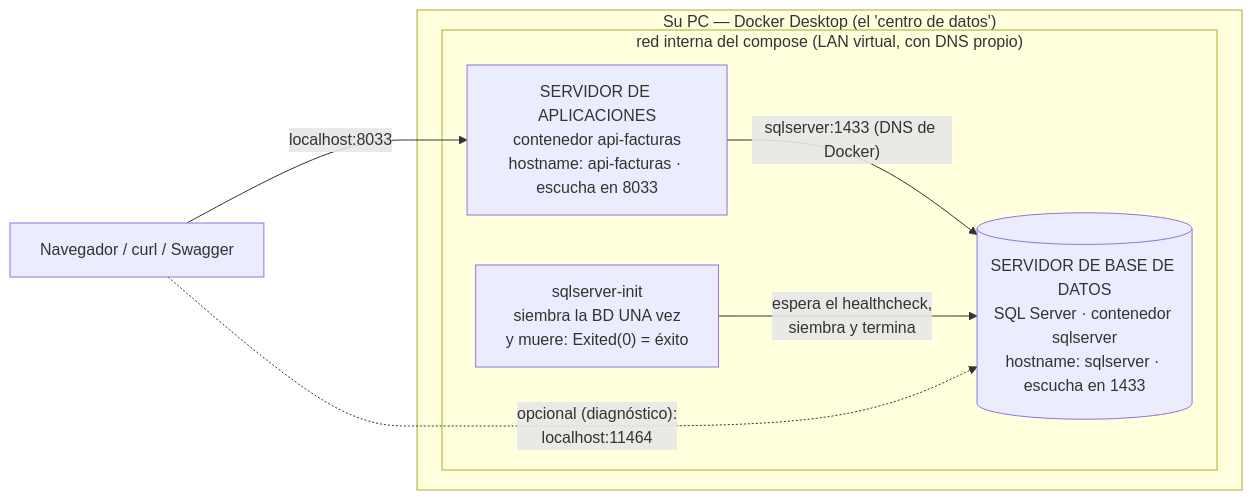
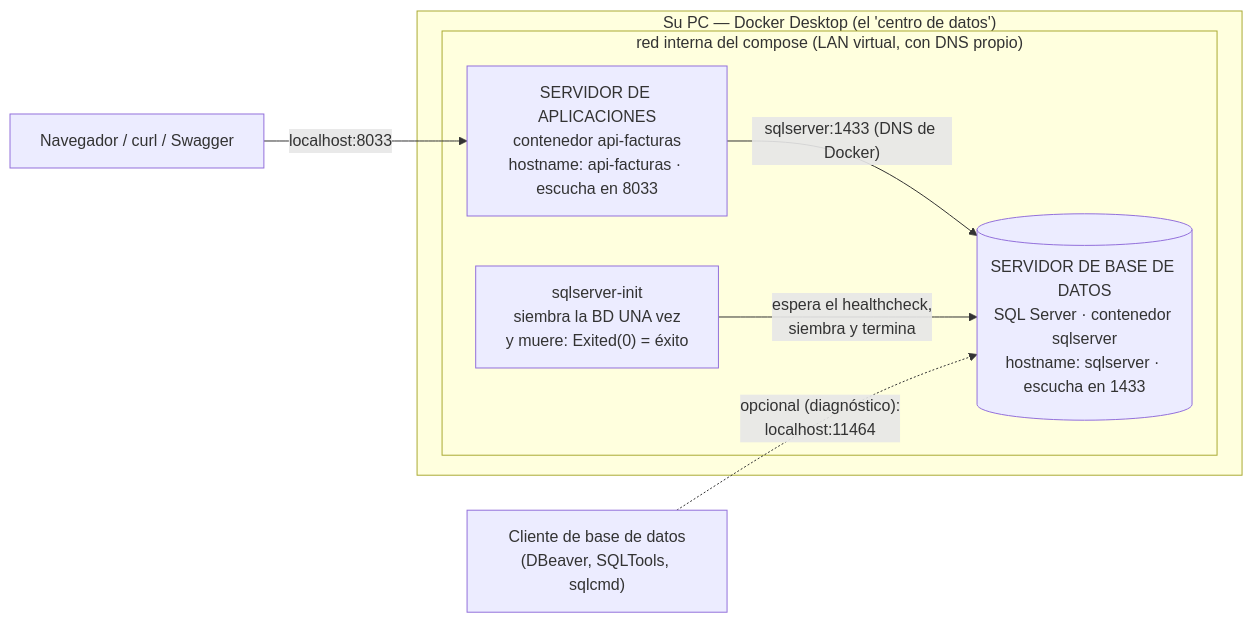
The first of 2 diagrams in docs/CONCEPTOS_DOCKER.md (ccastro2050/proyecto_aplicacion_y_servicios_web2), drawn with Mermaid before and after one commit. The commit also changed other lines of this file, not shown here.

First line of the commit message:
docs(docker): el diagrama sale del docker-compose real, y ninguna flecha miente

````diff
--- a/docs/CONCEPTOS_DOCKER.md
+++ b/docs/CONCEPTOS_DOCKER.md
@@ -193,15 +193,16 @@
 ```mermaid
 flowchart LR
     NAV["Navegador / curl / Swagger"]
+    CLIENTE["Cliente de base de datos<br/>(DBeaver, SQLTools, sqlcmd)"]
     subgraph PC["Su PC — Docker Desktop (el 'centro de datos')"]
         subgraph RED["red interna del compose (LAN virtual, con DNS propio)"]
             APIFACTURAS["SERVIDOR DE APLICACIONES<br/>contenedor api-facturas<br/>hostname: api-facturas · escucha en 8033"]
+            SQLSERVERINIT["sqlserver-init<br/>siembra la BD UNA vez<br/>y muere: Exited(0) = éxito"]
             SQLSERVER[("SERVIDOR DE BASE DE DATOS<br/>SQL Server · contenedor sqlserver<br/>hostname: sqlserver · escucha en 1433")]
-            SQLSERVERINIT["sqlserver-init<br/>siembra la BD UNA vez<br/>y muere: Exited(0) = éxito"]
         end
     end
     NAV -->|"localhost:8033"| APIFACTURAS
     APIFACTURAS -->|"sqlserver:1433 (DNS de Docker)"| SQLSERVER
     SQLSERVERINIT -->|"espera el healthcheck,<br/>siembra y termina"| SQLSERVER
-    NAV -.->|"opcional (diagnóstico):<br/>localhost:11464"| SQLSERVER
+    CLIENTE -.->|"opcional (diagnóstico):<br/>localhost:11464"| SQLSERVER
 ```
````
